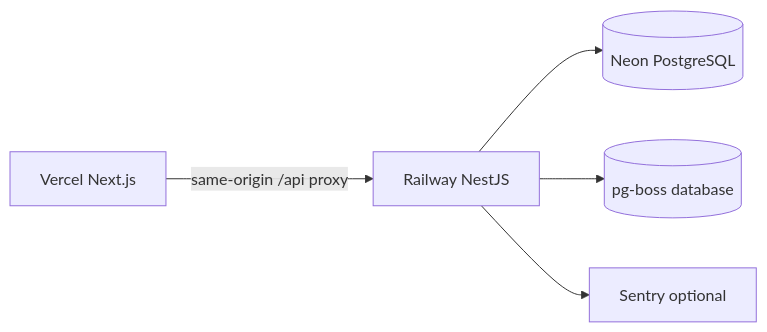
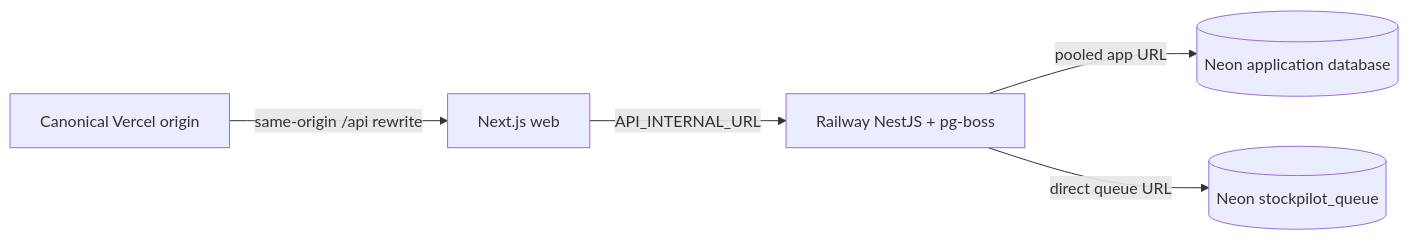
One commit to longhang2004/StockPilot changed the diagram in docs/deployment.md. Above: the diagram before and after it, drawn with Mermaid. The commit also changed other lines of this file and 11 other files, not shown here.

````diff
--- a/docs/deployment.md
+++ b/docs/deployment.md
@@ -5,7 +5,7 @@
 ```mermaid
 flowchart LR
-  Browser[Vercel Next.js] -->|same-origin /api proxy| API[Railway NestJS]
-  API --> DB[(Neon PostgreSQL)]
-  API --> Queue[(pg-boss database)]
-  API --> Sentry[Sentry optional]
+  Browser[Canonical Vercel origin] -->|same-origin /api rewrite| Web[Next.js web]
+  Web -->|API_INTERNAL_URL| API[Railway NestJS + pg-boss]
+  API -->|pooled app URL| DB[(Neon application database)]
+  API -->|direct queue URL| Queue[(Neon stockpilot_queue)]
 ```
````
